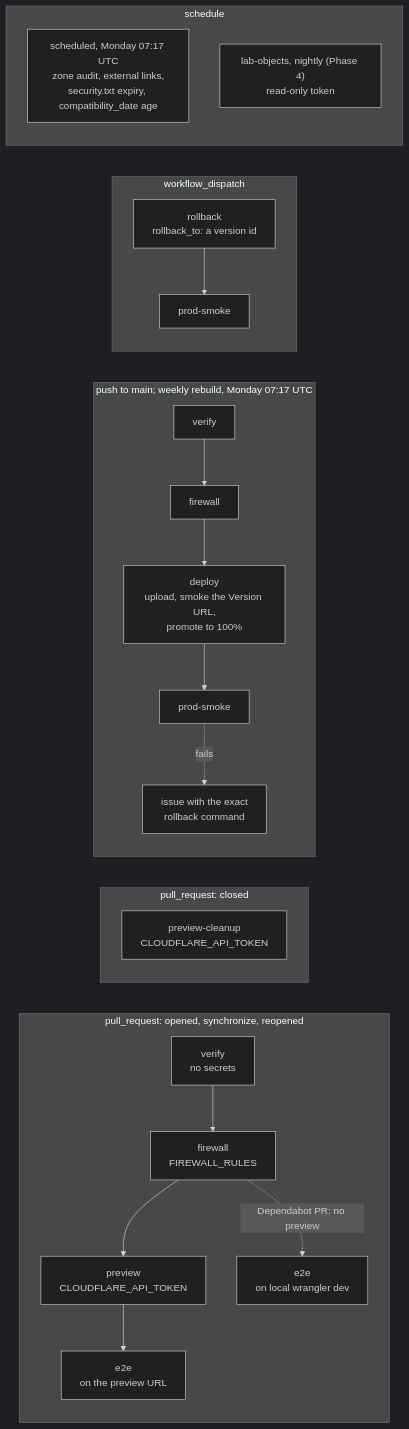
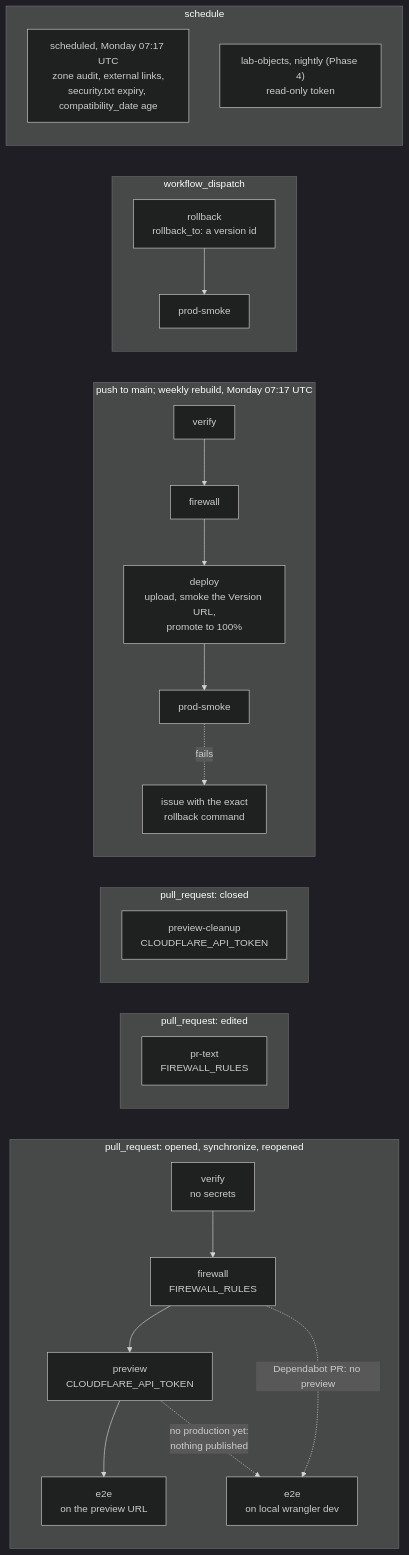
One commit to IHaveASegway/website changed the diagram in docs/delivery.md. Above: the diagram before and after it, drawn with Mermaid (dark theme). The commit also changed other lines of this file and 18 other files, not shown here.

````diff
--- a/docs/delivery.md
+++ b/docs/delivery.md
@@ -109,23 +111,27 @@
 ```mermaid
 flowchart LR
   subgraph PR["pull_request: opened, synchronize, reopened"]
     V["verify<br/>no secrets"] --> F["firewall<br/>FIREWALL_RULES"]
     F --> P["preview<br/>CLOUDFLARE_API_TOKEN"]
     P --> E["e2e<br/>on the preview URL"]
     F -.->|"Dependabot PR: no preview"| EL["e2e<br/>on local wrangler dev"]
+    P -.->|"no production yet:<br/>nothing published"| EL
+  end
+  subgraph ED["pull_request: edited"]
+    T["pr-text<br/>FIREWALL_RULES"]
   end
   subgraph CL["pull_request: closed"]
     C["preview-cleanup<br/>CLOUDFLARE_API_TOKEN"]
   end
   subgraph MAIN["push to main; weekly rebuild, Monday 07:17 UTC"]
     V2["verify"] --> F2["firewall"] --> D["deploy<br/>upload, smoke the Version URL,<br/>promote to 100%"] --> S["prod-smoke"]
     S -.->|"fails"| I["issue with the exact<br/>rollback command"]
   end
   subgraph DISP["workflow_dispatch"]
     R["rollback<br/>rollback_to: a version id"] --> S3["prod-smoke"]
   end
   subgraph WK["schedule"]
     W["scheduled, Monday 07:17 UTC<br/>zone audit, external links,<br/>security.txt expiry, compatibility_date age"]
     N["lab-objects, nightly (Phase 4)<br/>read-only token"]
   end
 ```
````
